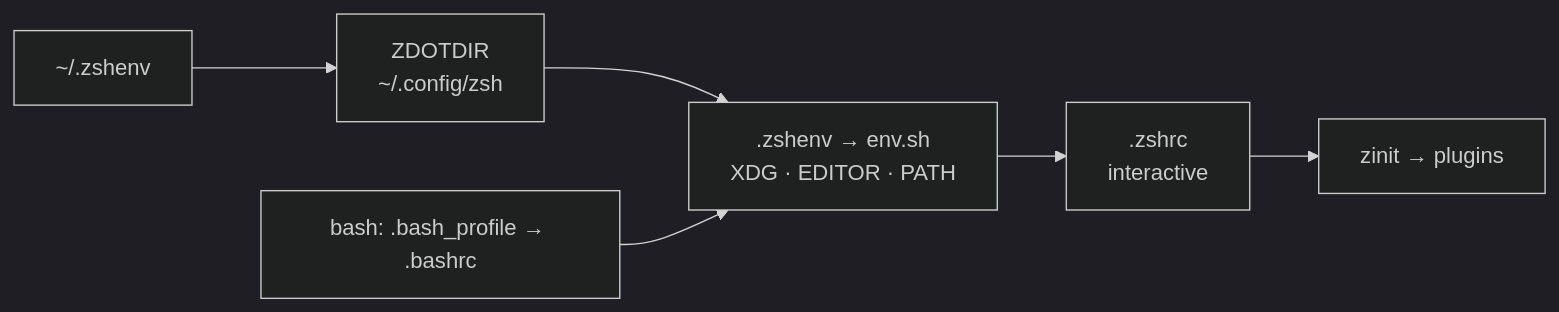
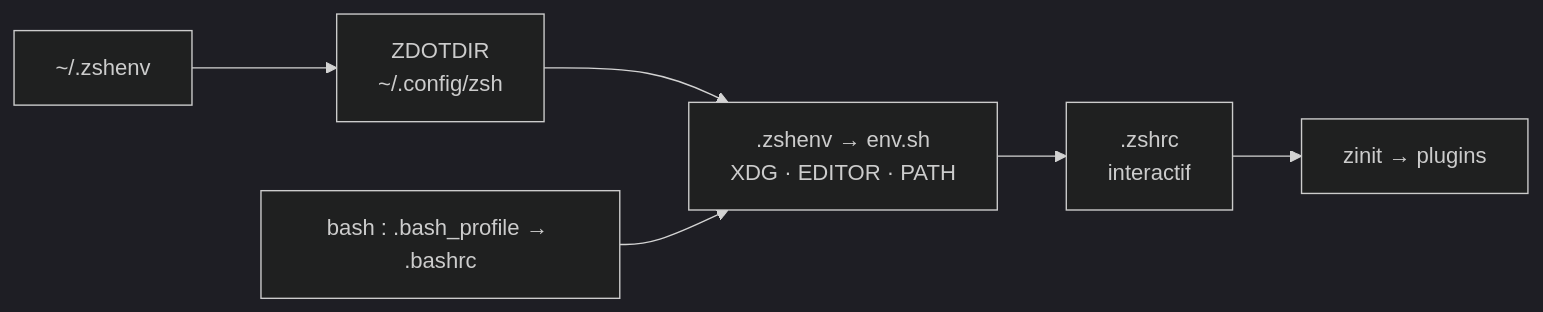
One commit to Raf7c/dotfiles changed the diagram in README.md. Above: the diagram before and after it, drawn with Mermaid (dark theme). The commit also changed other lines of this file and 48 other files, not shown here.

````diff
--- a/README.md
+++ b/README.md
@@ -65,5 +68,5 @@
 ```mermaid
 flowchart LR
-    A["~/.zshenv"] --> B["ZDOTDIR<br/>~/.config/zsh"] --> C[".zshenv → env.sh<br/>XDG · EDITOR · PATH"] --> D[".zshrc<br/>interactive"] --> E["zinit → plugins"]
-    F["bash: .bash_profile → .bashrc"] --> C
+    A["~/.zshenv"] --> B["ZDOTDIR<br/>~/.config/zsh"] --> C[".zshenv → env.sh<br/>XDG · EDITOR · PATH"] --> D[".zshrc<br/>interactif"] --> E["zinit → plugins"]
+    F["bash : .bash_profile → .bashrc"] --> C
 ```
````
